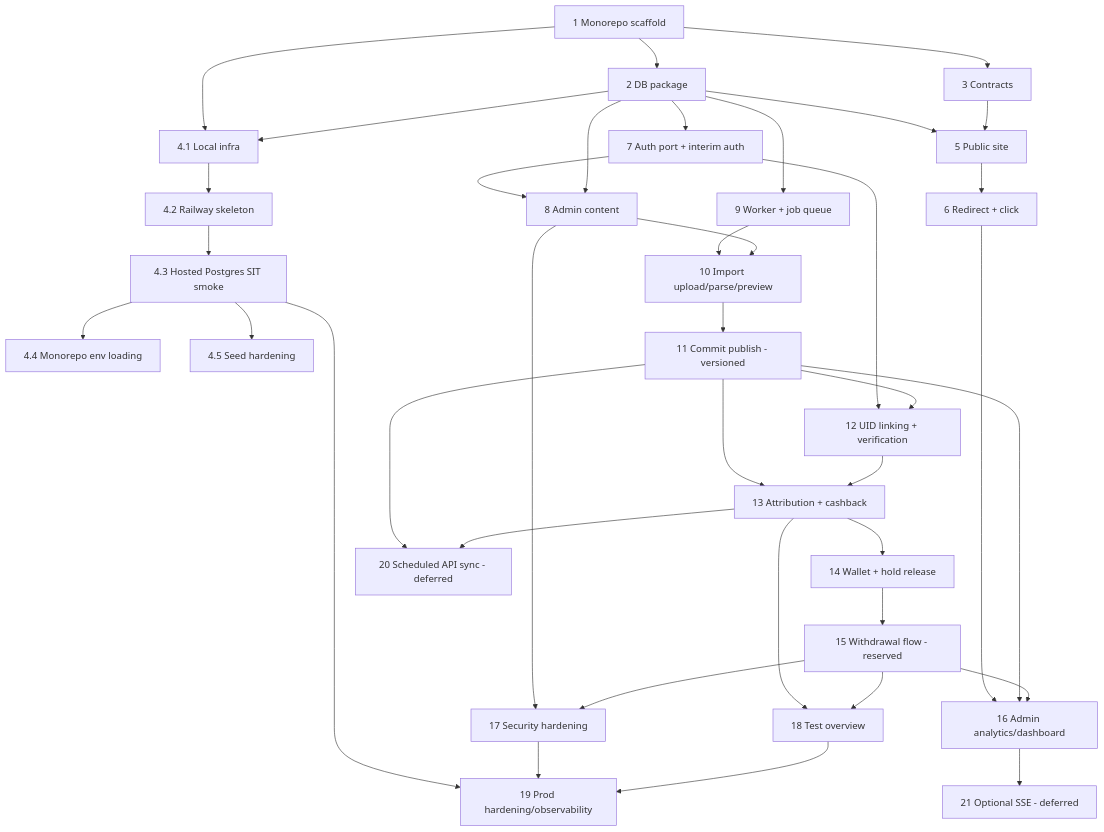
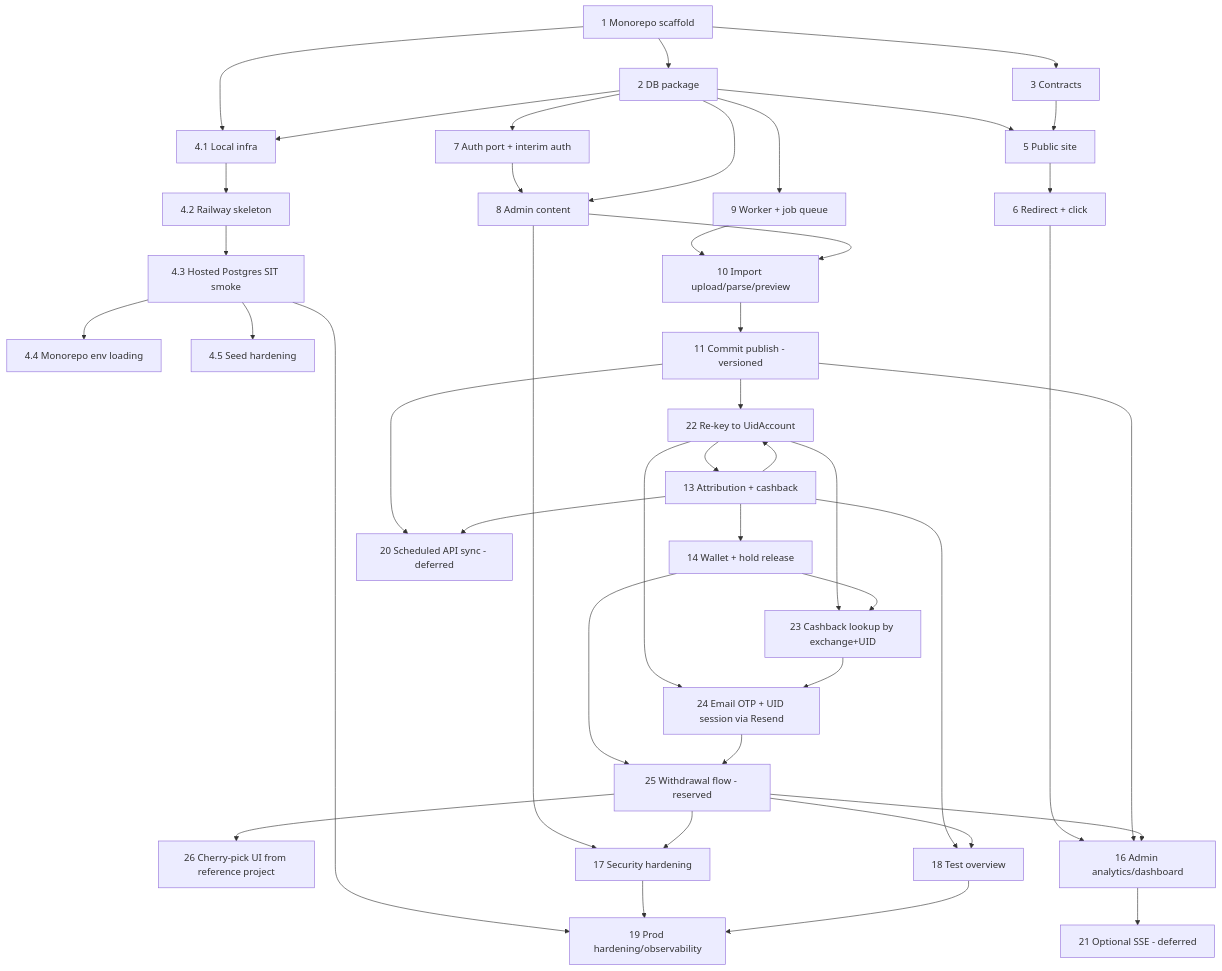
The diagram in .kiro/specs/cashback-platform/tasks.md (BuiHoangDuong/13092026), drawn with Mermaid before and after one commit. The commit also changed other lines of this file and 60 other files, not shown here.

````diff
--- a/.kiro/specs/cashback-platform/tasks.md
+++ b/.kiro/specs/cashback-platform/tasks.md
@@ -57,40 +77,45 @@
 ```mermaid
 flowchart TD
   T1[1 Monorepo scaffold] --> T2[2 DB package]
   T1 --> T3[3 Contracts]
   T1 --> T41[4.1 Local infra]
   T2 --> T41
   T41 --> T42[4.2 Railway skeleton]
   T42 --> T43[4.3 Hosted Postgres SIT smoke]
   T43 --> T44[4.4 Monorepo env loading]
   T43 --> T45[4.5 Seed hardening]
   T2 --> T5[5 Public site]
   T3 --> T5
   T5 --> T6[6 Redirect + click]
   T2 --> T7[7 Auth port + interim auth]
   T7 --> T8[8 Admin content]
   T2 --> T8
   T2 --> T9[9 Worker + job queue]
   T9 --> T10[10 Import upload/parse/preview]
   T8 --> T10
   T10 --> T11[11 Commit publish - versioned]
-  T7 --> T12[12 UID linking + verification]
-  T11 --> T12
-  T11 --> T13[13 Attribution + cashback]
-  T12 --> T13
+  T11 --> T22[22 Re-key to UidAccount]
+  T13 --> T22
+  T22 --> T13[13 Attribution + cashback]
   T13 --> T14[14 Wallet + hold release]
-  T14 --> T15[15 Withdrawal flow - reserved]
+  T22 --> T23[23 Cashback lookup by exchange+UID]
+  T14 --> T23
+  T22 --> T24[24 Email OTP + UID session via Resend]
+  T23 --> T24
+  T14 --> T25[25 Withdrawal flow - reserved]
+  T24 --> T25
+  T25 --> T26[26 Cherry-pick UI from reference project]
   T6 --> T16[16 Admin analytics/dashboard]
   T11 --> T16
-  T15 --> T16
+  T25 --> T16
   T8 --> T17[17 Security hardening]
-  T15 --> T17
+  T25 --> T17
   T13 --> T18[18 Test overview]
-  T15 --> T18
+  T25 --> T18
   T43 --> T19[19 Prod hardening/observability]
   T17 --> T19
   T18 --> T19
   T11 --> T20[20 Scheduled API sync - deferred]
   T13 --> T20
   T16 --> T21[21 Optional SSE - deferred]
 ```
````
